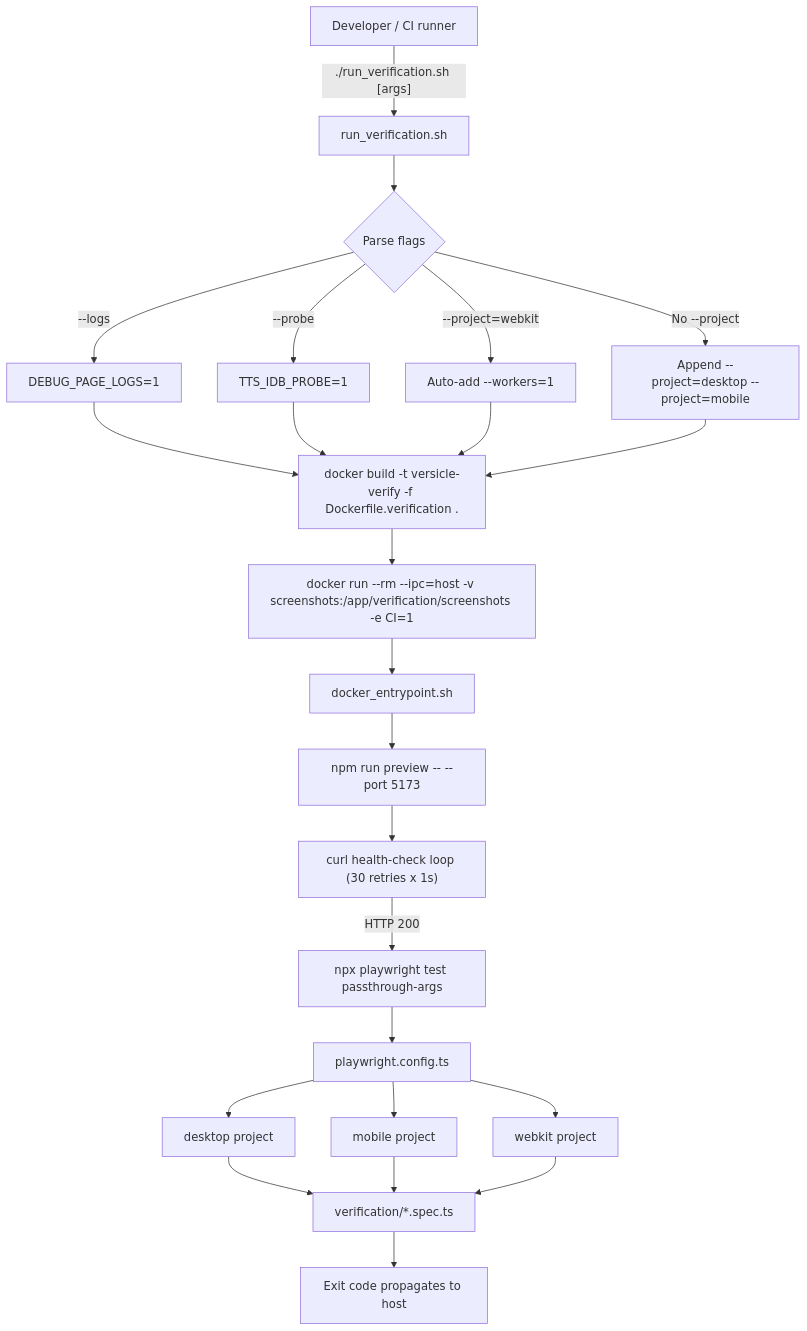
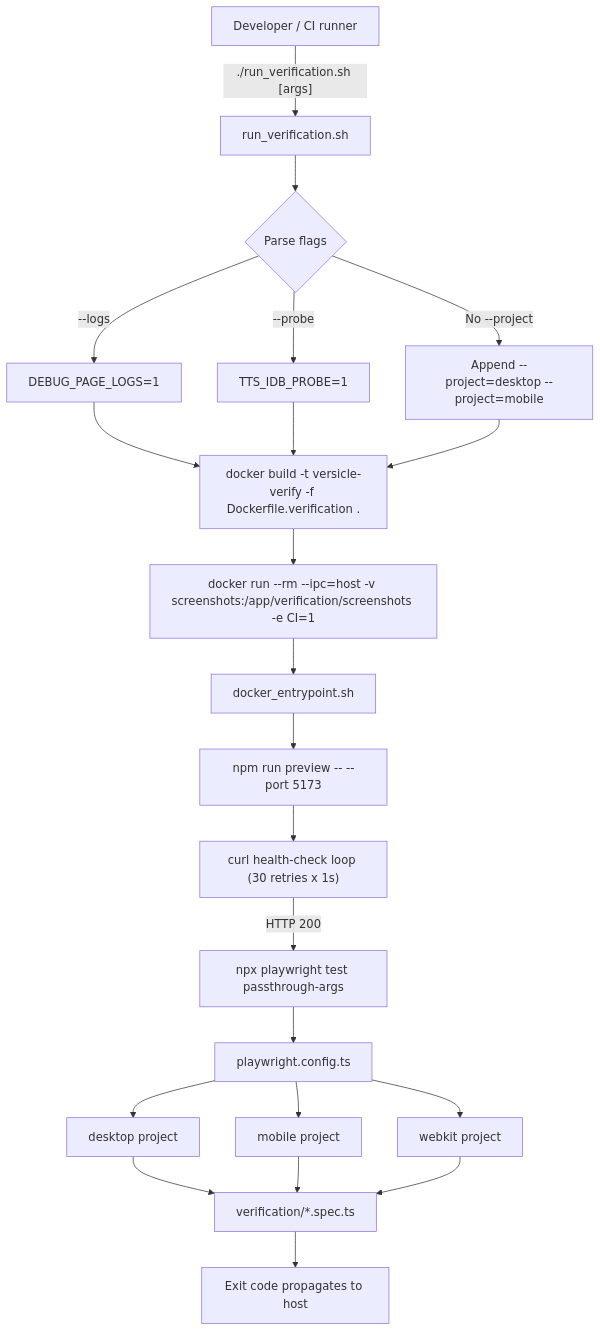
The first of 7 diagrams in docs/comprehensive/64-e2e-verification.md (vrwarp/versicle), drawn with Mermaid before and after one commit. The commit also changed other lines of this file and 7 other files, not shown here.

````diff
--- a/docs/comprehensive/64-e2e-verification.md
+++ b/docs/comprehensive/64-e2e-verification.md
@@ -53,26 +53,24 @@
 ```mermaid
 flowchart TD
     A["Developer / CI runner"] -->|"./run_verification.sh [args]"| B["run_verification.sh"]
     B --> C{"Parse flags"}
     C -->|"--logs"| D["DEBUG_PAGE_LOGS=1"]
     C -->|"--probe"| E["TTS_IDB_PROBE=1"]
-    C -->|"--project=webkit"| F["Auto-add --workers=1"]
     C -->|"No --project"| G["Append --project=desktop --project=mobile"]
     D --> H["docker build -t versicle-verify -f Dockerfile.verification ."]
     E --> H
-    F --> H
     G --> H
     H --> I["docker run --rm --ipc=host -v screenshots:/app/verification/screenshots -e CI=1"]
     I --> J["docker_entrypoint.sh"]
     J --> K["npm run preview -- --port 5173"]
     K --> L["curl health-check loop (30 retries x 1s)"]
     L -->|"HTTP 200"| M["npx playwright test passthrough-args"]
     M --> N["playwright.config.ts"]
     N --> O["desktop project"]
     N --> P["mobile project"]
     N --> Q["webkit project"]
     O --> R["verification/*.spec.ts"]
     P --> R
     Q --> R
     R --> S["Exit code propagates to host"]
 ```
````
